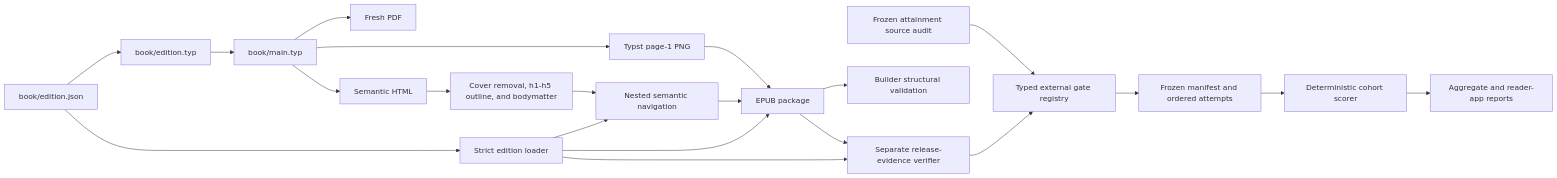
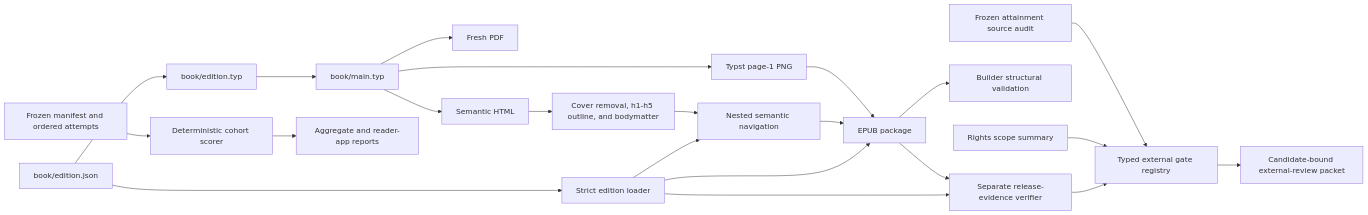
One commit to streamentry/streamentry changed the first of 5 diagrams in scripts/AGENTS.md. Above: the diagram before and after it, drawn with Mermaid. The commit also changed other lines of this file and 19 other files, not shown here.

````diff
--- a/scripts/AGENTS.md
+++ b/scripts/AGENTS.md
@@ -49,23 +50,24 @@
 ```mermaid
 flowchart LR
   D["book/edition.json"] --> L["Strict edition loader"]
   D --> Y["book/edition.typ"]
   Y --> T
   L --> N
   L --> E
   L --> W
   T["book/main.typ"] --> P["Fresh PDF"]
   T --> C["Typst page-1 PNG"]
   T --> H["Semantic HTML"]
   H --> X["Cover removal, h1-h5 outline, and bodymatter"]
   X --> N["Nested semantic navigation"]
   N --> E["EPUB package"]
   C --> E
   E --> V["Builder structural validation"]
   E --> W["Separate release-evidence verifier"]
   W --> Q["Typed external gate registry"]
+  RD["Rights scope summary"] --> Q
   A["Frozen attainment source audit"] --> Q
-  Q --> R["Candidate-bound external-review packet"]
-  R["Frozen manifest and ordered attempts"] --> S["Deterministic cohort scorer"]
+  Q --> K["Candidate-bound external-review packet"]
+  F["Frozen manifest and ordered attempts"] --> S["Deterministic cohort scorer"]
   S --> G["Aggregate and reader-app reports"]
 ```
````
